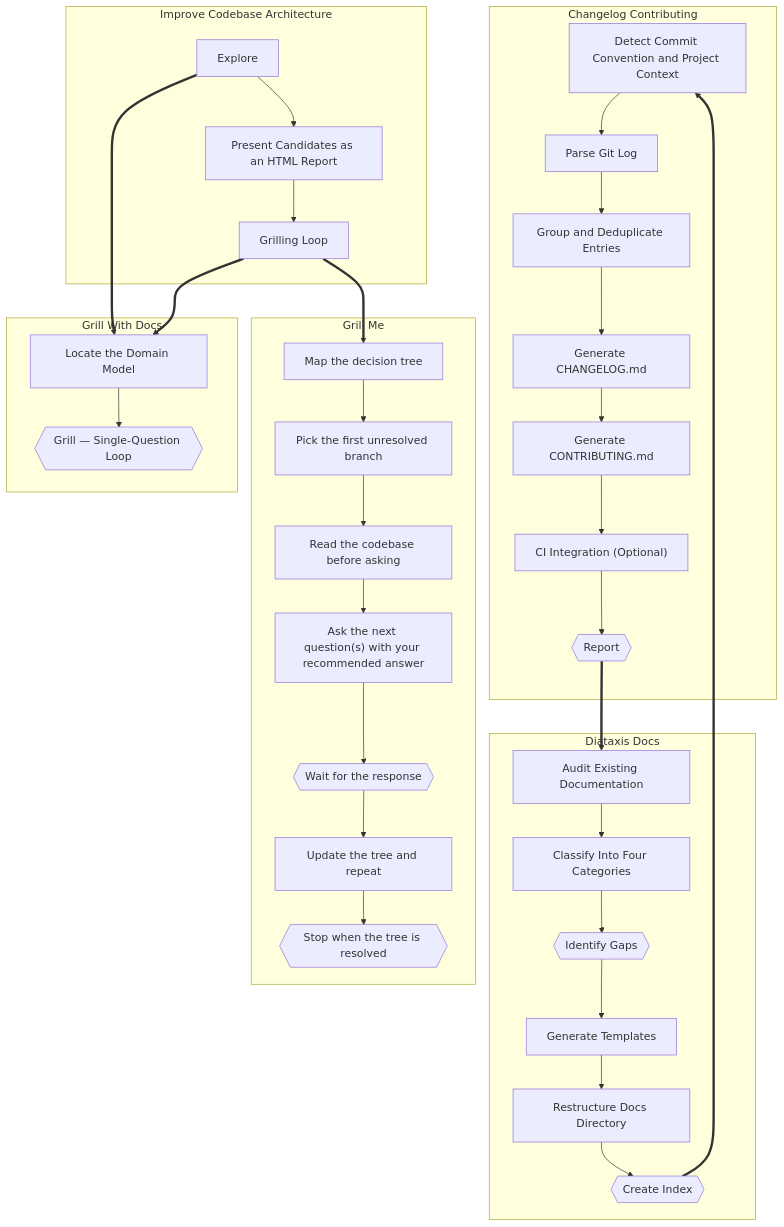
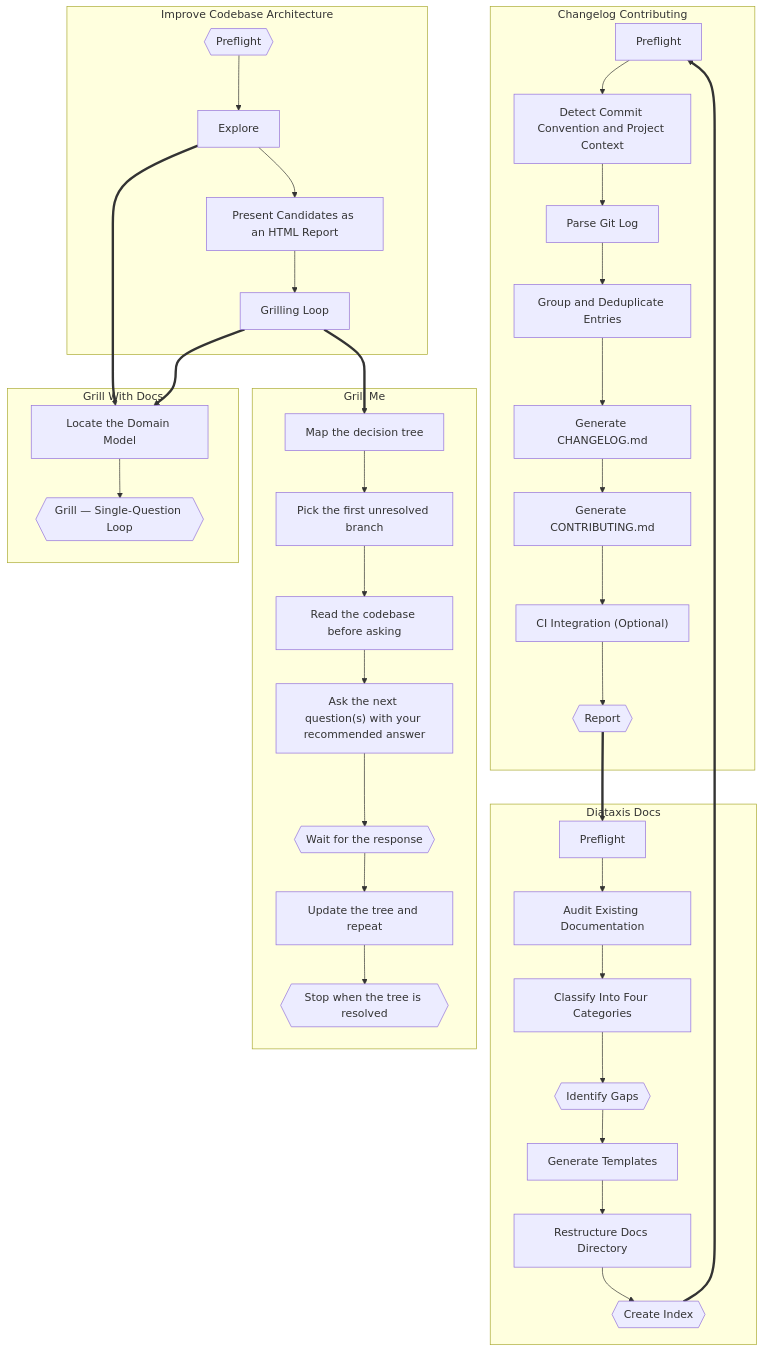
Before and after one commit to abhayla/claude-best-practices: the third of 9 diagrams in docs/workflows/documentation.md, drawn with Mermaid. The commit also changed other lines of this file and 13 other files, not shown here.

````diff
--- a/docs/workflows/documentation.md
+++ b/docs/workflows/documentation.md
@@ -172,68 +178,74 @@
 ```mermaid
 graph TD
     subgraph changelog_contributing_sub["Changelog Contributing"]
+        changelog_contributing_s0["Preflight"]
         changelog_contributing_s1["Detect Commit Convention and Project Context"]
+        changelog_contributing_s0 --> changelog_contributing_s1
         changelog_contributing_s2["Parse Git Log"]
         changelog_contributing_s1 --> changelog_contributing_s2
         changelog_contributing_s3["Group and Deduplicate Entries"]
         changelog_contributing_s2 --> changelog_contributing_s3
         changelog_contributing_s4["Generate CHANGELOG.md"]
         changelog_contributing_s3 --> changelog_contributing_s4
         changelog_contributing_s5["Generate CONTRIBUTING.md"]
         changelog_contributing_s4 --> changelog_contributing_s5
         changelog_contributing_s6["CI Integration (Optional)"]
         changelog_contributing_s5 --> changelog_contributing_s6
         changelog_contributing_s7{{Report}}
         changelog_contributing_s6 --> changelog_contributing_s7
     end
 
     subgraph diataxis_docs_sub["Diataxis Docs"]
+        diataxis_docs_s0["Preflight"]
         diataxis_docs_s1["Audit Existing Documentation"]
+        diataxis_docs_s0 --> diataxis_docs_s1
         diataxis_docs_s2["Classify Into Four Categories"]
         diataxis_docs_s1 --> diataxis_docs_s2
         diataxis_docs_s3{{Identify Gaps}}
         diataxis_docs_s2 --> diataxis_docs_s3
         diataxis_docs_s4["Generate Templates"]
         diataxis_docs_s3 --> diataxis_docs_s4
         diataxis_docs_s5["Restructure Docs Directory"]
         diataxis_docs_s4 --> diataxis_docs_s5
         diataxis_docs_s6{{Create Index}}
         diataxis_docs_s5 --> diataxis_docs_s6
     end
 
     subgraph grill_me_sub["Grill Me"]
         grill_me_s1["Map the decision tree"]
         grill_me_s2["Pick the first unresolved branch"]
         grill_me_s1 --> grill_me_s2
         grill_me_s3["Read the codebase before asking"]
         grill_me_s2 --> grill_me_s3
         grill_me_s4["Ask the next question(s) with your recommended answer"]
         grill_me_s3 --> grill_me_s4
         grill_me_s5{{Wait for the response}}
         grill_me_s4 --> grill_me_s5
         grill_me_s6["Update the tree and repeat"]
         grill_me_s5 --> grill_me_s6
         grill_me_s7{{Stop when the tree is resolved}}
         grill_me_s6 --> grill_me_s7
     end
 
     subgraph grill_with_docs_sub["Grill With Docs"]
         grill_with_docs_s1["Locate the Domain Model"]
         grill_with_docs_s2{{Grill — Single-Question Loop}}
         grill_with_docs_s1 --> grill_with_docs_s2
     end
 
     subgraph improve_codebase_architecture_sub["Improve Codebase Architecture"]
+        improve_codebase_architecture_s0{{Preflight}}
         improve_codebase_architecture_s1["Explore"]
+        improve_codebase_architecture_s0 --> improve_codebase_architecture_s1
         improve_codebase_architecture_s2["Present Candidates as an HTML Report"]
         improve_codebase_architecture_s1 --> improve_codebase_architecture_s2
         improve_codebase_architecture_s3["Grilling Loop"]
         improve_codebase_architecture_s2 --> improve_codebase_architecture_s3
     end
 
-    changelog_contributing_s7 ==> diataxis_docs_s1
-    diataxis_docs_s6 ==> changelog_contributing_s1
+    changelog_contributing_s7 ==> diataxis_docs_s0
+    diataxis_docs_s6 ==> changelog_contributing_s0
     improve_codebase_architecture_s1 ==> grill_with_docs_s1
     improve_codebase_architecture_s3 ==> grill_me_s1
     improve_codebase_architecture_s3 ==> grill_with_docs_s1
 ```
````
